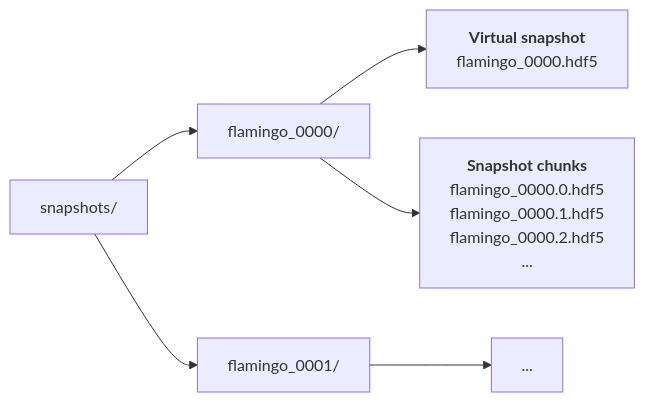
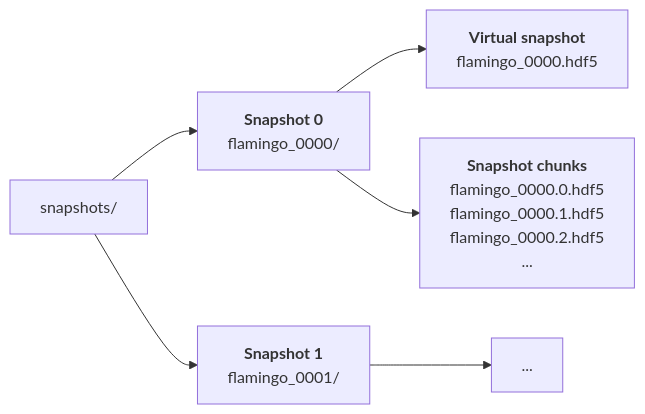
Before and after one commit to jchelly/flamingo-docs: the diagram in source/snapshots/snapshot_dirs.rst, drawn with Mermaid. The commit also changed 1 other file, not shown here.

Commit message:
Add some labels in layout flowcharts

```diff
--- a/source/snapshots/snapshot_dirs.rst
+++ b/source/snapshots/snapshot_dirs.rst
@@ -15,17 +15,19 @@
 .. mermaid::
 
    flowchart LR
      snapshots["snapshots/"]
 
-     snapshots --> s0000["flamingo_0000/"]
-     snapshots --> s0001["flamingo_0001/"]
+     snapshots --> s0000["`**Snapshot 0**
+     flamingo_0000/`"]
+     snapshots --> s0001["`**Snapshot 1**
+     flamingo_0001/`"]
 
      s0000 --> s0000_virtual["`**Virtual snapshot**
      flamingo_0000.hdf5`"]
      s0000 --> s0000_chunks["`**Snapshot chunks**
      flamingo_0000.0.hdf5
      flamingo_0000.1.hdf5
      flamingo_0000.2.hdf5
      ...`"]
 
      s0001 --> s0001_f0["..."]
```
